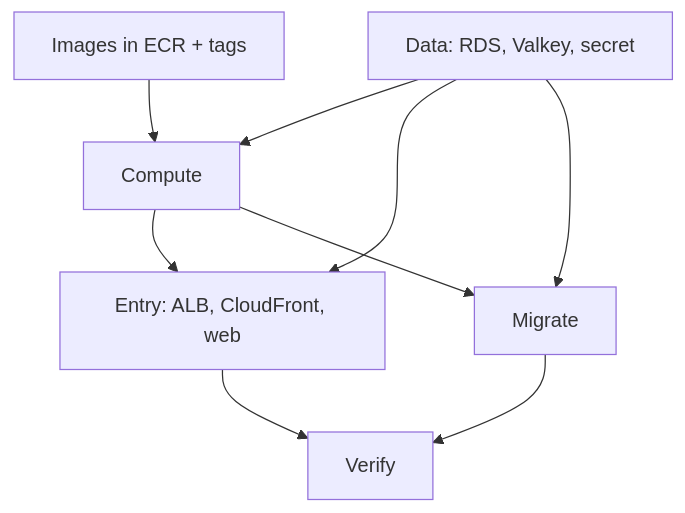
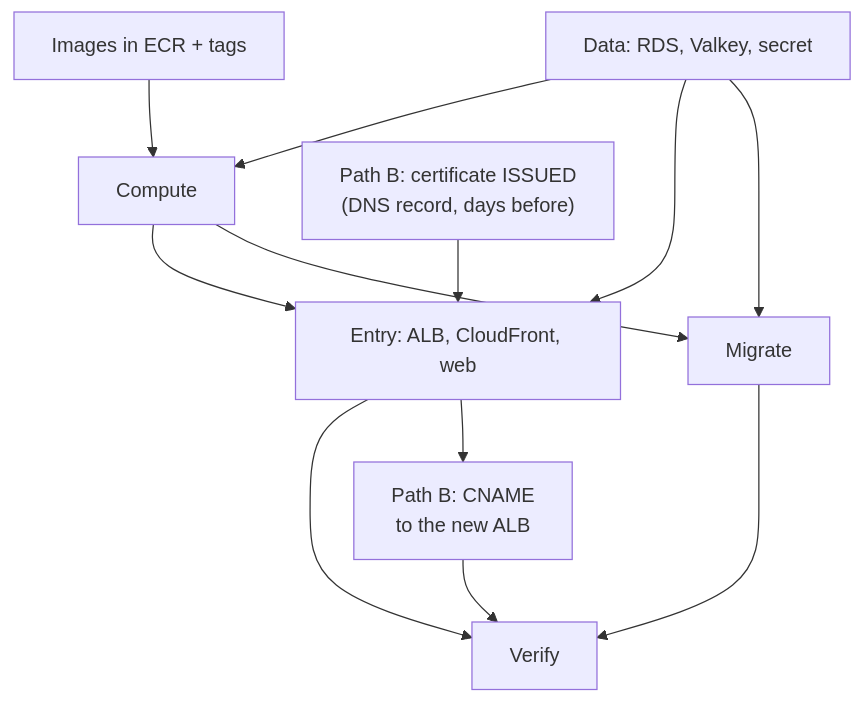
Before and after one commit to maheshnd/minitickets: the tenth of 10 diagrams in docs/20-deploy-day.md, drawn with Mermaid. The commit also changed other lines of this file and 17 other files, not shown here.

Commit message:
feat(infra): HTTPS on the ALB with own domain (ACM, DNS validation) + cdnEnabled switch

````diff
--- a/docs/20-deploy-day.md
+++ b/docs/20-deploy-day.md
@@ -480,11 +697,14 @@
 ```mermaid
 flowchart TB
     img["Images in ECR + tags"] --> comp["Compute"]
     data["Data: RDS, Valkey, secret"] --> comp
     data --> entry["Entry: ALB, CloudFront, web"]
     comp --> entry
     comp --> mig["Migrate"]
     data --> mig
     mig --> ver["Verify"]
     entry --> ver
+    cert["Path B: certificate ISSUED<br/>(DNS record, days before)"] --> entry
+    entry --> cname["Path B: CNAME<br/>to the new ALB"]
+    cname --> ver
 ```
````
